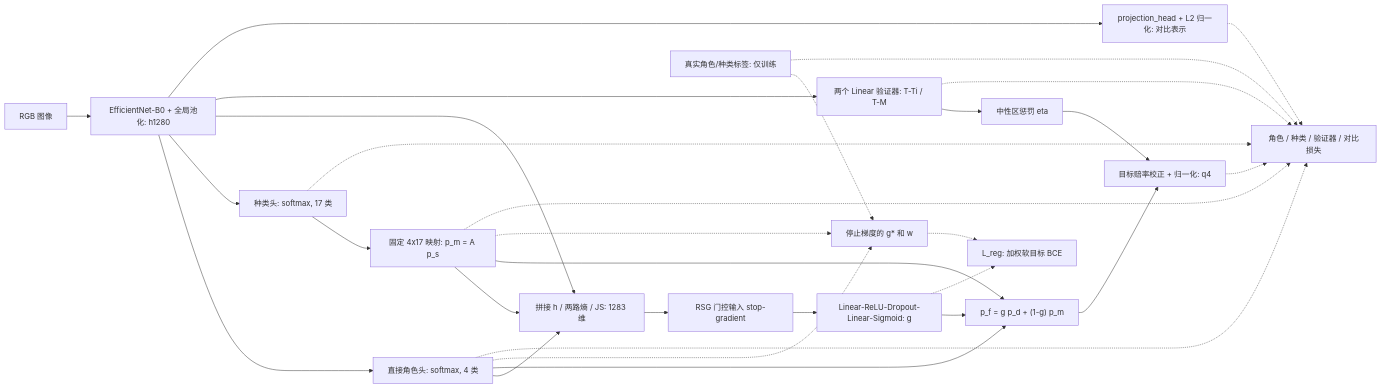
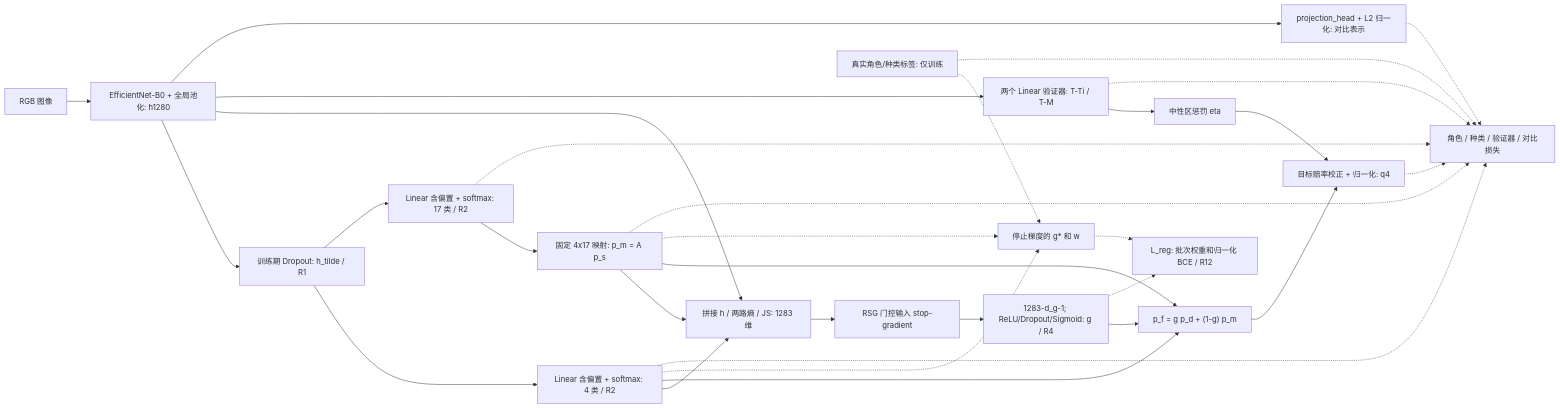
Before and after one commit to bobking88/4-: the diagram in docs/paper_v1/manuscript_core_draft.md, drawn with Mermaid. The commit also changed other lines of this file and 6 other files, not shown here.

````diff
--- a/docs/paper_v1/manuscript_core_draft.md
+++ b/docs/paper_v1/manuscript_core_draft.md
@@ -173,32 +194,33 @@
 ```mermaid
 flowchart LR
   X["RGB 图像"] --> H["EfficientNet-B0 + 全局池化: h1280"]
-  H --> PD["直接角色头: softmax, 4 类"]
-  H --> PS["种类头: softmax, 17 类"]
+  H --> HD["训练期 Dropout: h_tilde / R1"]
+  HD --> PD["Linear 含偏置 + softmax: 4 类 / R2"]
+  HD --> PS["Linear 含偏置 + softmax: 17 类 / R2"]
   PS --> PM["固定 4x17 映射: p_m = A p_s"]
   H --> Z["拼接 h / 两路熵 / JS: 1283 维"]
   PD --> Z
   PM --> Z
   Z --> SG["RSG 门控输入 stop-gradient"]
-  SG --> G["Linear-ReLU-Dropout-Linear-Sigmoid: g"]
+  SG --> G["1283-d_g-1; ReLU/Dropout/Sigmoid: g / R4"]
   PD --> PF["p_f = g p_d + (1-g) p_m"]
   PM --> PF
   G --> PF
   H --> V["两个 Linear 验证器: T-Ti / T-M"]
   V --> ETA["中性区惩罚 eta"]
   PF --> Q["目标赔率校正 + 归一化: q4"]
   ETA --> Q
   Y["真实角色/种类标签: 仅训练"] -.-> O["停止梯度的 g* 和 w"]
   PD -.-> O
   PM -.-> O
-  O -.-> LR["L_reg: 加权软目标 BCE"]
+  O -.-> LR["L_reg: 批次权重和归一化 BCE / R12"]
   G -.-> LR
   Y -.-> LT["角色 / 种类 / 验证器 / 对比损失"]
   H --> EMB["projection_head + L2 归一化: 对比表示"]
   PD -.-> LT
   PS -.-> LT
   PM -.-> LT
   V -.-> LT
   Q -.-> LT
   EMB -.-> LT
 ```
````
